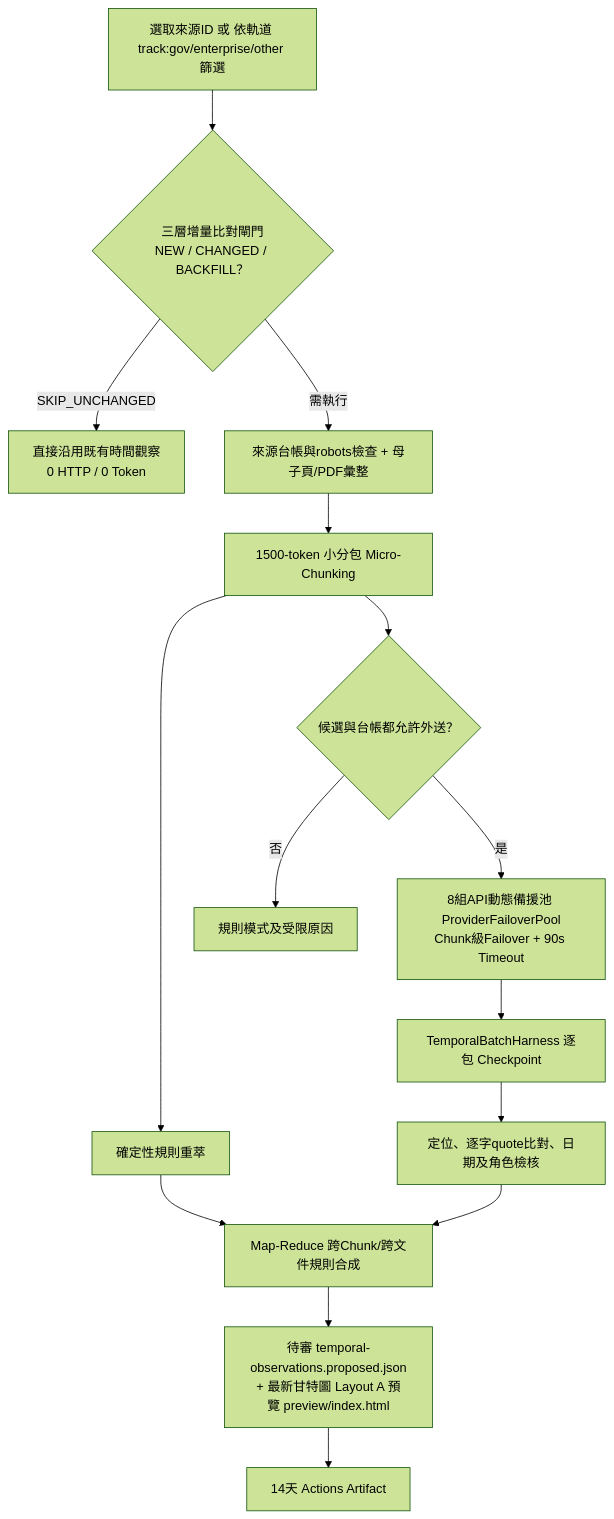
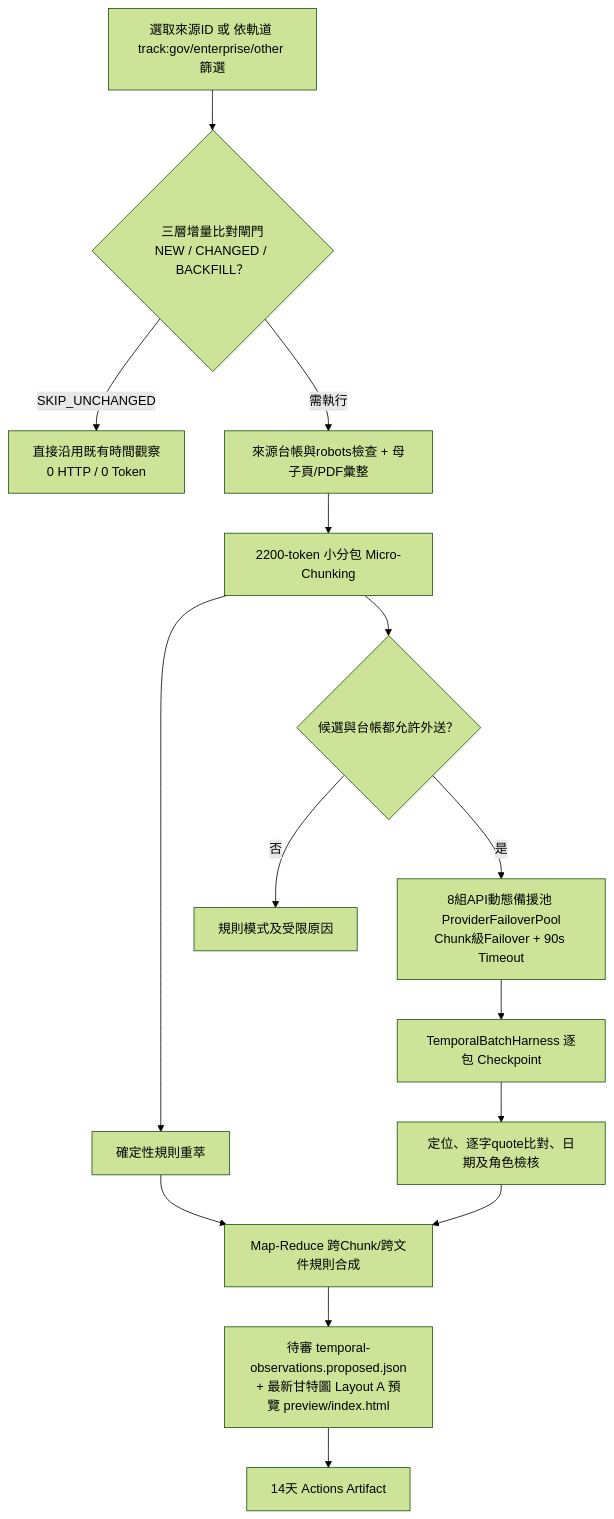
The diagram in docs/ACTIONS-TEMPORAL-EXTRACTION.md (matt-ye/opengsa), drawn with Mermaid (forest theme) before and after one commit. The commit also changed other lines of this file and 9 other files, not shown here.

````diff
--- a/docs/ACTIONS-TEMPORAL-EXTRACTION.md
+++ b/docs/ACTIONS-TEMPORAL-EXTRACTION.md
@@ -59,17 +59,17 @@
 ```mermaid
 flowchart TD
  A[選取來源ID 或 依軌道 track:gov/enterprise/other 篩選] --> A1{三層增量比對閘門<br>NEW / CHANGED / BACKFILL？}
  A1 -->|SKIP_UNCHANGED| A2[直接沿用既有時間觀察<br>0 HTTP / 0 Token]
  A1 -->|需執行| B[來源台帳與robots檢查 + 母子頁/PDF彙整]
- B --> C[1500-token 小分包 Micro-Chunking]
+ B --> C[2200-token 小分包 Micro-Chunking]
  C --> D[確定性規則重萃]
  C --> E{候選與台帳都允許外送？}
  E -->|否| F[規則模式及受限原因]
  E -->|是| G[8組API動態備援池 ProviderFailoverPool<br>Chunk級Failover + 90s Timeout]
  G --> H[TemporalBatchHarness 逐包 Checkpoint]
  H --> I[定位、逐字quote比對、日期及角色檢核]
  D --> J[Map-Reduce 跨Chunk/跨文件規則合成]
  I --> J
  J --> K[待審 temporal-observations.proposed.json<br>+ 最新甘特圖 Layout A 預覽 preview/index.html]
  K --> L[14天 Actions Artifact]
 ```
````
